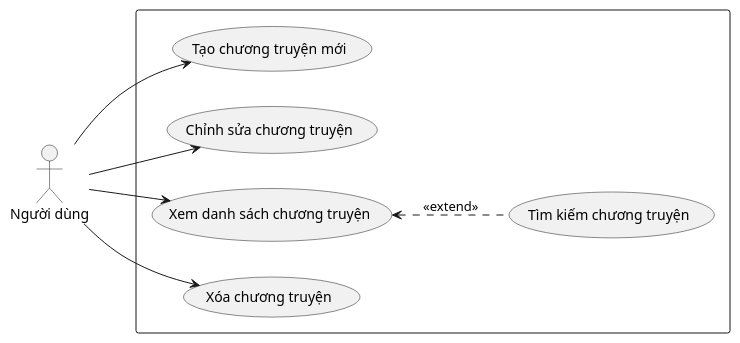
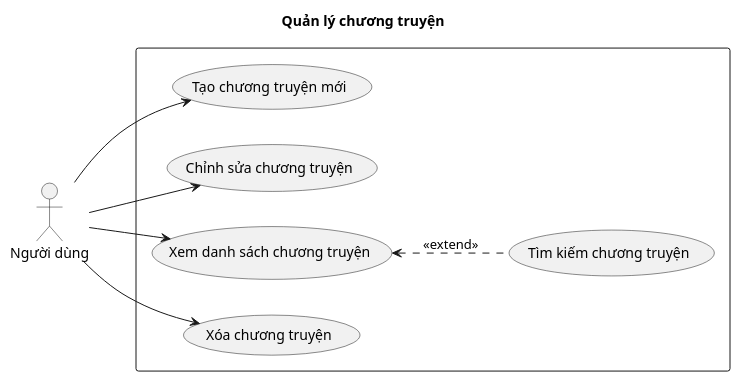
The diagram in docs/use-case-diagrams/uc_02.puml (202416852-anhpv/story2video-docs), drawn with PlantUML before and after one commit. The commit also changed 6 other files, not shown here.

Commit message:
docs: add titles to use case diagrams

```diff
--- a/docs/use-case-diagrams/uc_02.puml
+++ b/docs/use-case-diagrams/uc_02.puml
@@ -1,21 +1,22 @@
-@startuml uc_02
+@startuml
+title Quản lý chương truyện
 left to right direction
 
 actor "Người dùng" as User
 
 rectangle {
     usecase "Tạo chương truyện mới" as UC_01
     usecase "Chỉnh sửa chương truyện" as UC_02
     usecase "Xem danh sách chương truyện" as UC_03
     usecase "Xóa chương truyện" as UC_04
     usecase "Tìm kiếm chương truyện" as UC_05
 }
 
 User --> UC_04
 User --> UC_01
 User --> UC_02
 User --> UC_03
 
 UC_03 <.. UC_05 : <<extend>>
 
 @enduml
```
